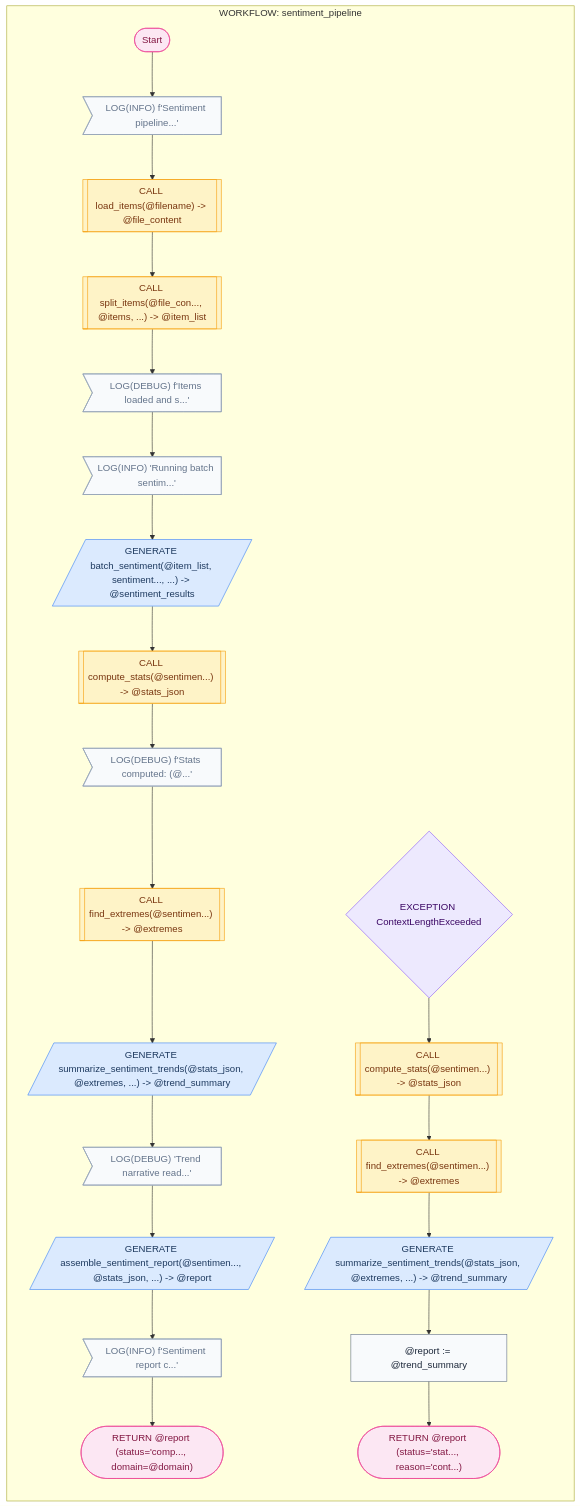
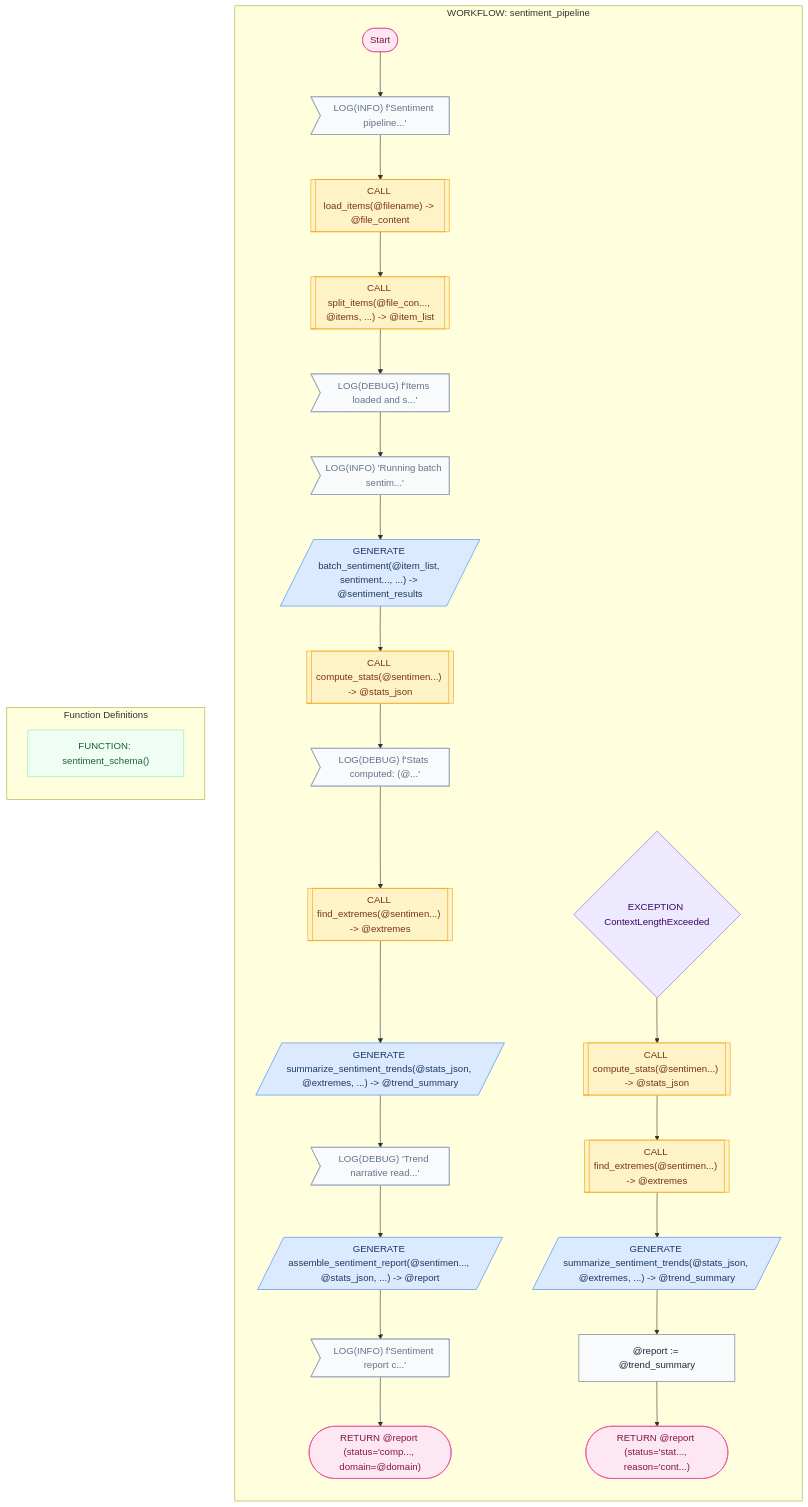
The diagram in cookbook/31_sentiment_pipeline/mermaid/sentiment.md (digital-duck/SPL.py), drawn with Mermaid before and after one commit. The commit also changed 334 other files, not shown here.

````diff
--- a/cookbook/31_sentiment_pipeline/mermaid/sentiment.md
+++ b/cookbook/31_sentiment_pipeline/mermaid/sentiment.md
@@ -7,74 +7,79 @@
 ```mermaid
 flowchart TD
     subgraph SG_sentiment_pipeline["WORKFLOW: sentiment_pipeline"]
     direction TB
     START1(["Start"])
     LOG2>"LOG(INFO) f'Sentiment pipeline...'"]
     SUB3[["CALL load_items(@filename) -> @file_content"]]
     LOG2 --> SUB3
     SUB4[["CALL split_items(@file_con..., @items, ...) -> @item_list"]]
     SUB3 --> SUB4
     LOG5>"LOG(DEBUG) f'Items loaded and s...'"]
     SUB4 --> LOG5
     LOG6>"LOG(INFO) 'Running batch sentim...'"]
     LOG5 --> LOG6
     GEN7[/"GENERATE batch_sentiment(@item_list, sentiment..., ...) -> @sentiment_results"/]
     LOG6 --> GEN7
     SUB8[["CALL compute_stats(@sentimen...) -> @stats_json"]]
     GEN7 --> SUB8
     LOG9>"LOG(DEBUG) f'Stats computed: (@...'"]
     SUB8 --> LOG9
     SUB10[["CALL find_extremes(@sentimen...) -> @extremes"]]
     LOG9 --> SUB10
     GEN11[/"GENERATE summarize_sentiment_trends(@stats_json, @extremes, ...) -> @trend_summary"/]
     SUB10 --> GEN11
     LOG12>"LOG(DEBUG) 'Trend narrative read...'"]
     GEN11 --> LOG12
     GEN13[/"GENERATE assemble_sentiment_report(@sentimen..., @stats_json, ...) -> @report"/]
     LOG12 --> GEN13
     LOG14>"LOG(INFO) f'Sentiment report c...'"]
     GEN13 --> LOG14
     RET15(["RETURN @report (status='comp..., domain=@domain)"])
     LOG14 --> RET15
     START1 --> LOG2
     EXC16{"EXCEPTION ContextLengthExceeded"}
     SUB17[["CALL compute_stats(@sentimen...) -> @stats_json"]]
     SUB18[["CALL find_extremes(@sentimen...) -> @extremes"]]
     SUB17 --> SUB18
     GEN19[/"GENERATE summarize_sentiment_trends(@stats_json, @extremes, ...) -> @trend_summary"/]
     SUB18 --> GEN19
     A20["@report := @trend_summary"]
     GEN19 --> A20
     RET21(["RETURN @report (status='stat..., reason='cont...)"])
     A20 --> RET21
     EXC16 --> SUB17
     end
+    subgraph FUNCTIONS["Function Definitions"]
+    direction TB
+    FN22["FUNCTION: sentiment_schema()"]
+    end
     class START1 term
     class LOG2 log
     class SUB3 proc
     class SUB4 proc
     class LOG5 log
     class LOG6 log
     class GEN7 llm
     class SUB8 proc
     class LOG9 log
     class SUB10 proc
     class GEN11 llm
     class LOG12 log
     class GEN13 llm
     class LOG14 log
     class RET15 term
     class EXC16 ctrl
     class SUB17 proc
     class SUB18 proc
     class GEN19 llm
     class A20 assign
     class RET21 term
+    class FN22 fn
     classDef llm fill:#dbeafe,stroke:#3b82f6,color:#1e3a5f
     classDef proc fill:#fef3c7,stroke:#f59e0b,color:#78350f
     classDef ctrl fill:#ede9fe,stroke:#8b5cf6,color:#3b0764
     classDef term fill:#fce7f3,stroke:#ec4899,color:#831843
     classDef log fill:#f8fafc,stroke:#94a3b8,color:#64748b
     classDef fn fill:#f0fdf4,stroke:#86efac,color:#166534
     classDef assign fill:#f8fafc,stroke:#64748b,color:#1e293b
 ```
````
